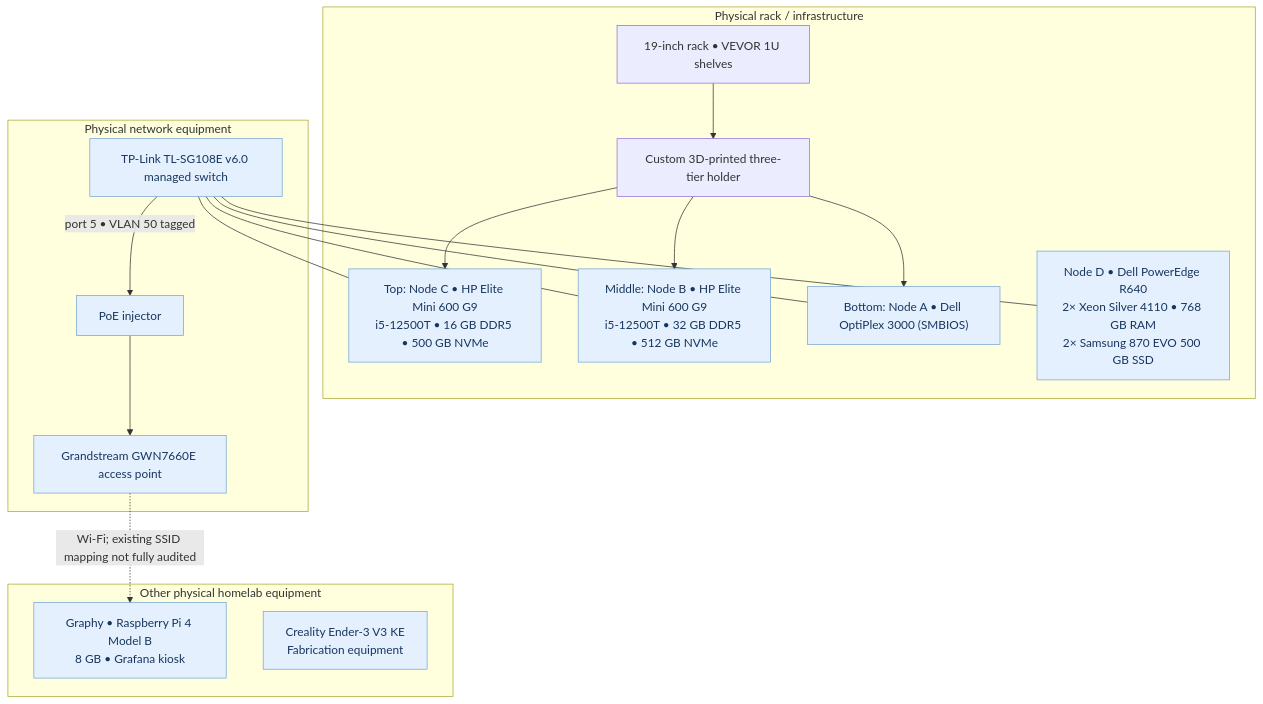
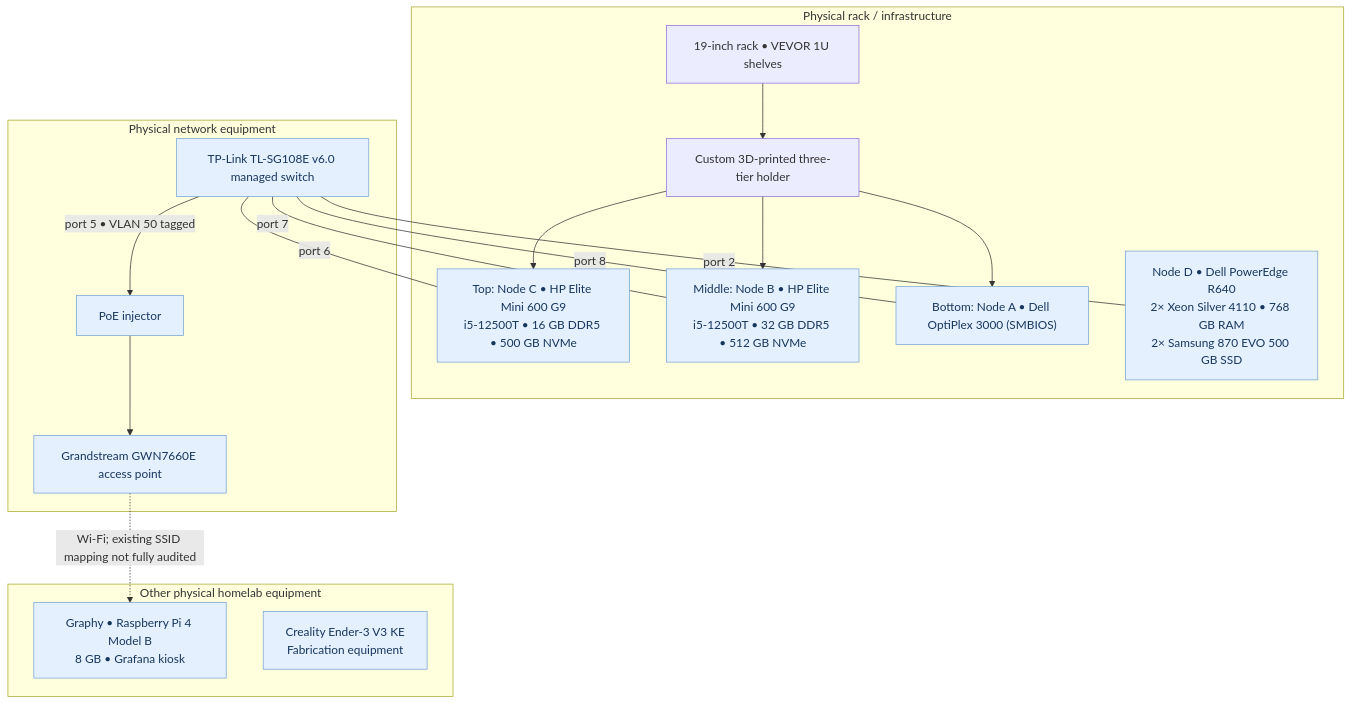
Before and after one commit to samuelkemp1619/HOMELAB-PORTFOLIO: the third of 3 diagrams in network/diagrams/README.md, drawn with Mermaid. The commit also changed other lines of this file, not shown here.

Commit message:
Document operator-confirmed TP-Link switch port connections and physical topology

````diff
--- a/network/diagrams/README.md
+++ b/network/diagrams/README.md
@@ -107,32 +108,32 @@
 ```mermaid
 flowchart TB
     subgraph RACK["Physical rack / infrastructure"]
         SHELVES["19-inch rack • VEVOR 1U shelves"]
         HOLDER["Custom 3D-printed three-tier holder"]
         H3["Top: Node C • HP Elite Mini 600 G9<br/>i5-12500T • 16 GB DDR5 • 500 GB NVMe"]
         H2["Middle: Node B • HP Elite Mini 600 G9<br/>i5-12500T • 32 GB DDR5 • 512 GB NVMe"]
         H1["Bottom: Node A • Dell OptiPlex 3000 (SMBIOS)"]
         R640["Node D • Dell PowerEdge R640<br/>2× Xeon Silver 4110 • 768 GB RAM<br/>2× Samsung 870 EVO 500 GB SSD"]
         SHELVES --> HOLDER
         HOLDER --> H3
         HOLDER --> H2
         HOLDER --> H1
     end
     subgraph NETWORK_HW["Physical network equipment"]
         SWITCH_HW["TP-Link TL-SG108E v6.0 managed switch"]
         INJECTOR["PoE injector"]
         ACCESS["Grandstream GWN7660E access point"]
         SWITCH_HW -->|"port 5 • VLAN 50 tagged"| INJECTOR --> ACCESS
     end
     subgraph OTHER_HW["Other physical homelab equipment"]
         PI4["Graphy • Raspberry Pi 4 Model B<br/>8 GB • Grafana kiosk"]
         PRINTER["Creality Ender-3 V3 KE<br/>Fabrication equipment"]
     end
-    SWITCH_HW --- H1
-    SWITCH_HW --- H2
-    SWITCH_HW --- H3
-    SWITCH_HW --- R640
+    SWITCH_HW ---|"port 8"| H1
+    SWITCH_HW ---|"port 7"| H2
+    SWITCH_HW ---|"port 6"| H3
+    SWITCH_HW ---|"port 2"| R640
     ACCESS -. "Wi-Fi; existing SSID mapping not fully audited" .-> PI4
     classDef platform fill:#e5f0ff,color:#17365d,stroke:#77a5d6
     class H1,H2,H3,R640,SWITCH_HW,INJECTOR,ACCESS,PI4,PRINTER platform
 ```
````
